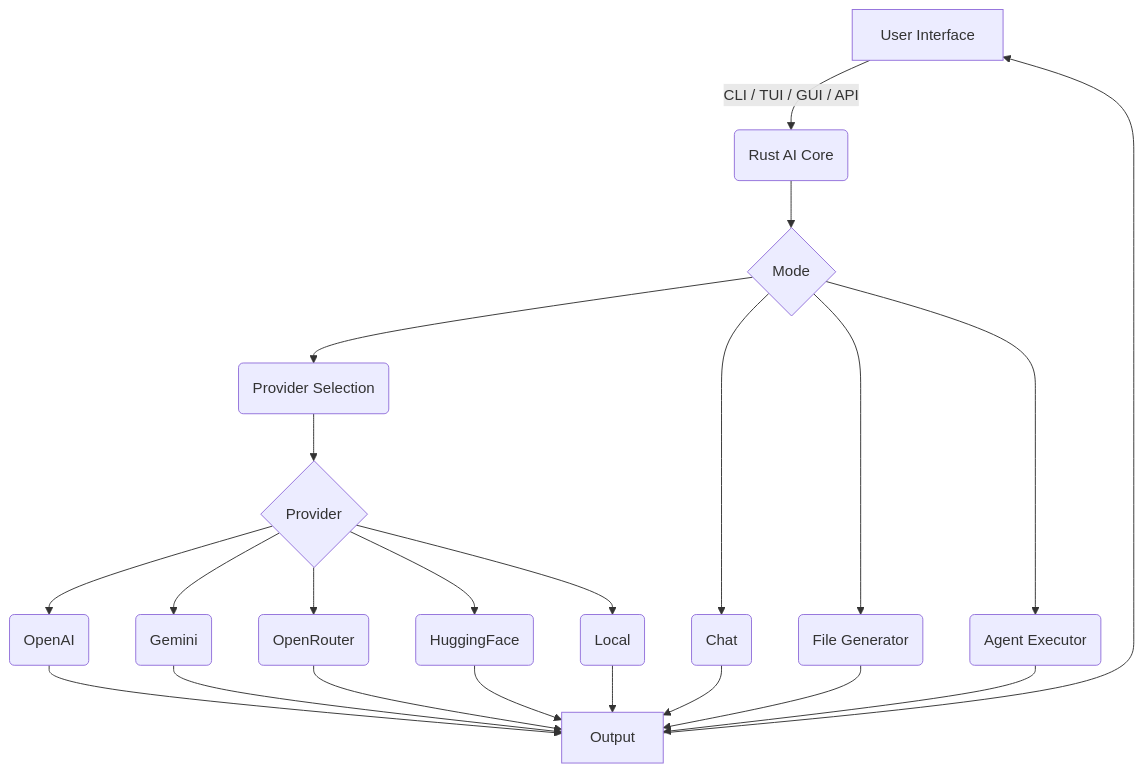
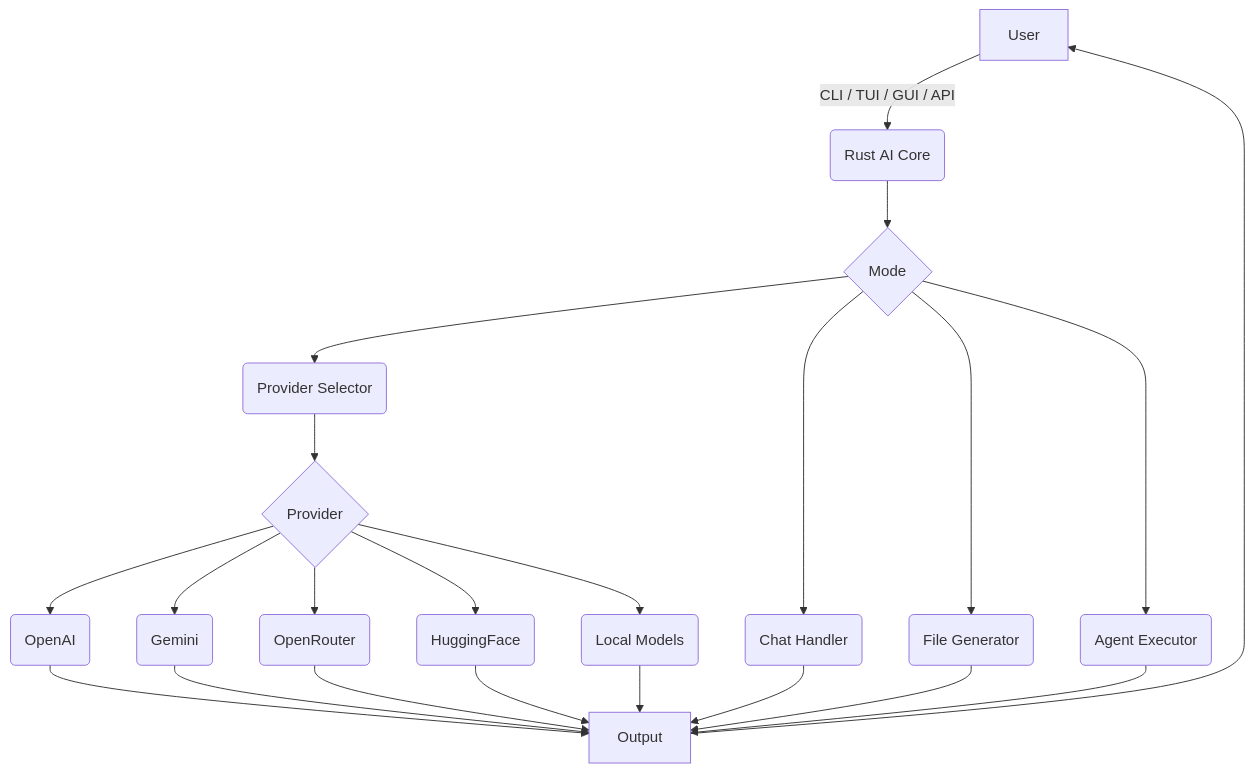
One commit to Ammar-Alnagar/RustaceanAI changed the diagram in README.md. Above: the diagram before and after it, drawn with Mermaid. The commit also changed other lines of this file, not shown here.

````diff
--- a/README.md
+++ b/README.md
@@ -120,24 +119,24 @@
 ```mermaid
 graph TD
-    A[User Interface] -->|CLI / TUI / GUI / API| B(Rust AI Core)
+    A[User] -->|CLI / TUI / GUI / API| B(Rust AI Core)
     B --> C{Mode}
-    C --> D(Provider Selection)
-    C --> E(Chat)
+    C --> D(Provider Selector)
+    C --> E(Chat Handler)
     C --> F(File Generator)
     C --> G(Agent Executor)
     D --> H{Provider}
     H --> I(OpenAI)
     H --> J(Gemini)
     H --> K(OpenRouter)
     H --> L(HuggingFace)
-    H --> M(Local)
+    H --> M(Local Models)
     I --> N[Output]
     J --> N
     K --> N
     L --> N
     M --> N
     E --> N
     F --> N
     G --> N
     N --> A
 ```
````
